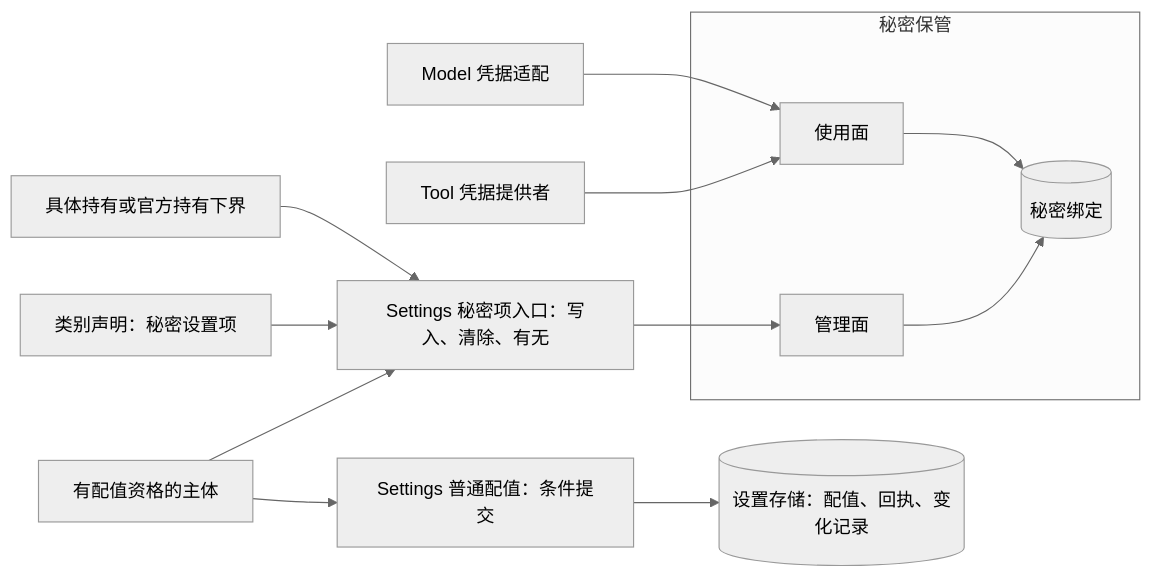
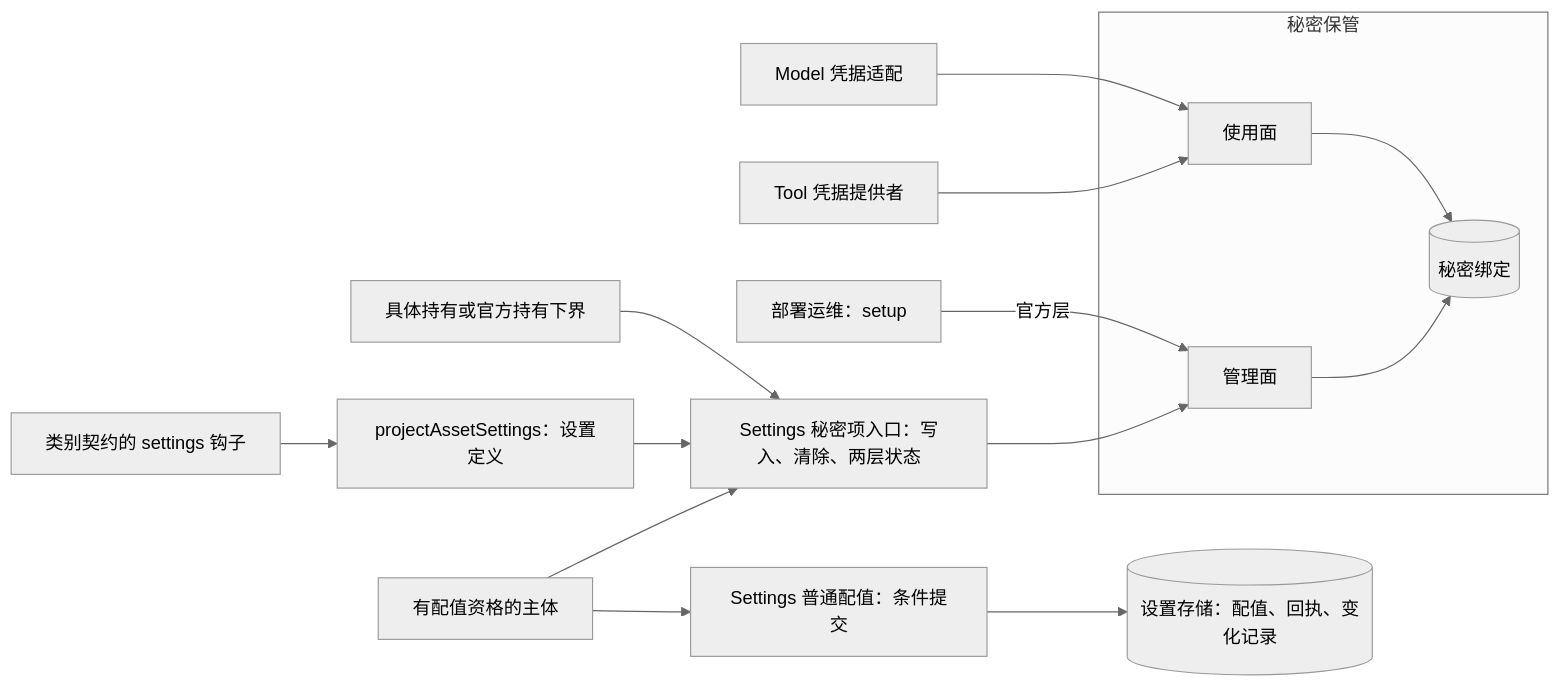
One commit to nemori-ai/omne-harness-lite changed the third of 4 diagrams in docs/domains/assets-and-rules/architecture.md. Above: the diagram before and after it, drawn with Mermaid (neutral theme). The commit also changed other lines of this file and 15 other files, not shown here.

````diff
--- a/docs/domains/assets-and-rules/architecture.md
+++ b/docs/domains/assets-and-rules/architecture.md
@@ -70,18 +74,20 @@
 ```mermaid
 flowchart LR
-  U[有配值资格的主体] --> E[Settings 秘密项入口：写入、清除、有无]
+  U[有配值资格的主体] --> E[Settings 秘密项入口：写入、清除、两层状态]
   U --> C[Settings 普通配值：条件提交]
-  D[类别声明：秘密设置项] --> E
+  B[类别契约的 settings 钩子] --> P[projectAssetSettings：设置定义]
+  P --> E
   H[具体持有或官方持有下界] --> E
   C --> S[(设置存储：配值、回执、变化记录)]
   subgraph K[秘密保管]
     M[管理面]
     X[使用面]
     V[(秘密绑定)]
     M --> V
     X --> V
   end
   E --> M
+  R[部署运维：setup] -->|官方层| M
   T[Tool 凭据提供者] --> X
   O[Model 凭据适配] --> X
 ```
````
